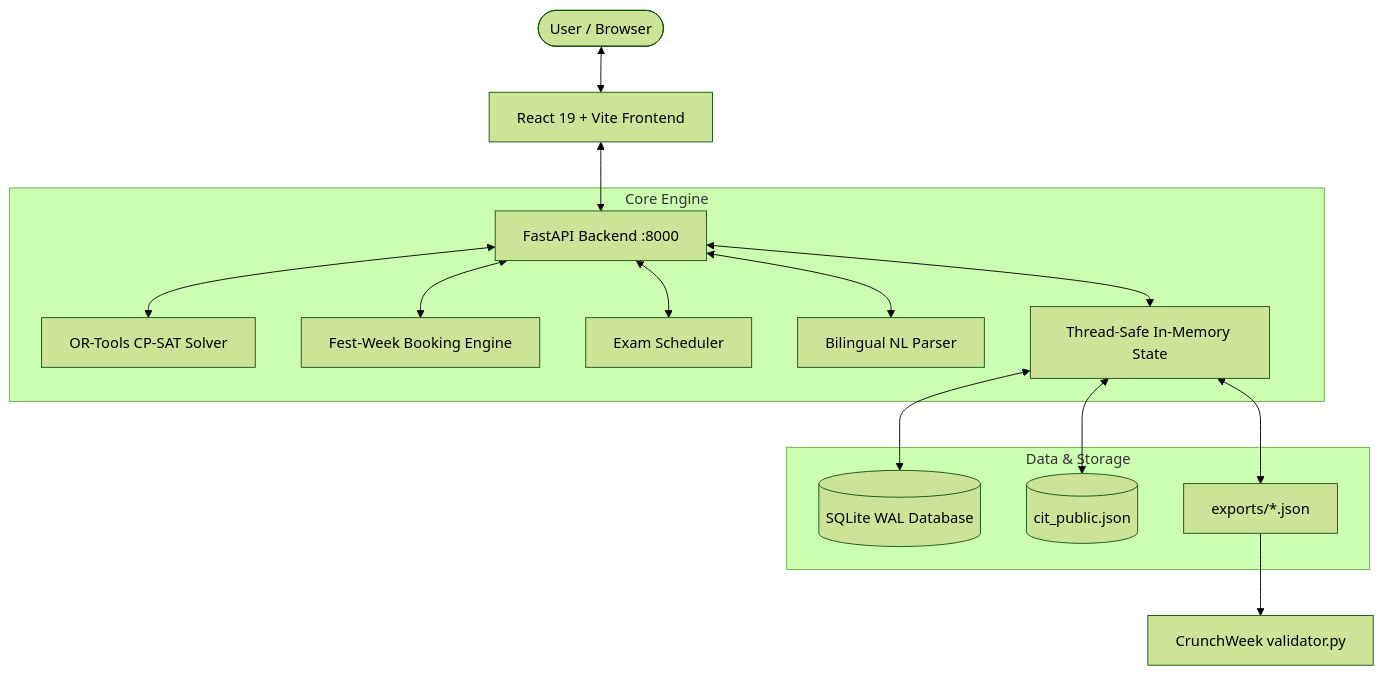
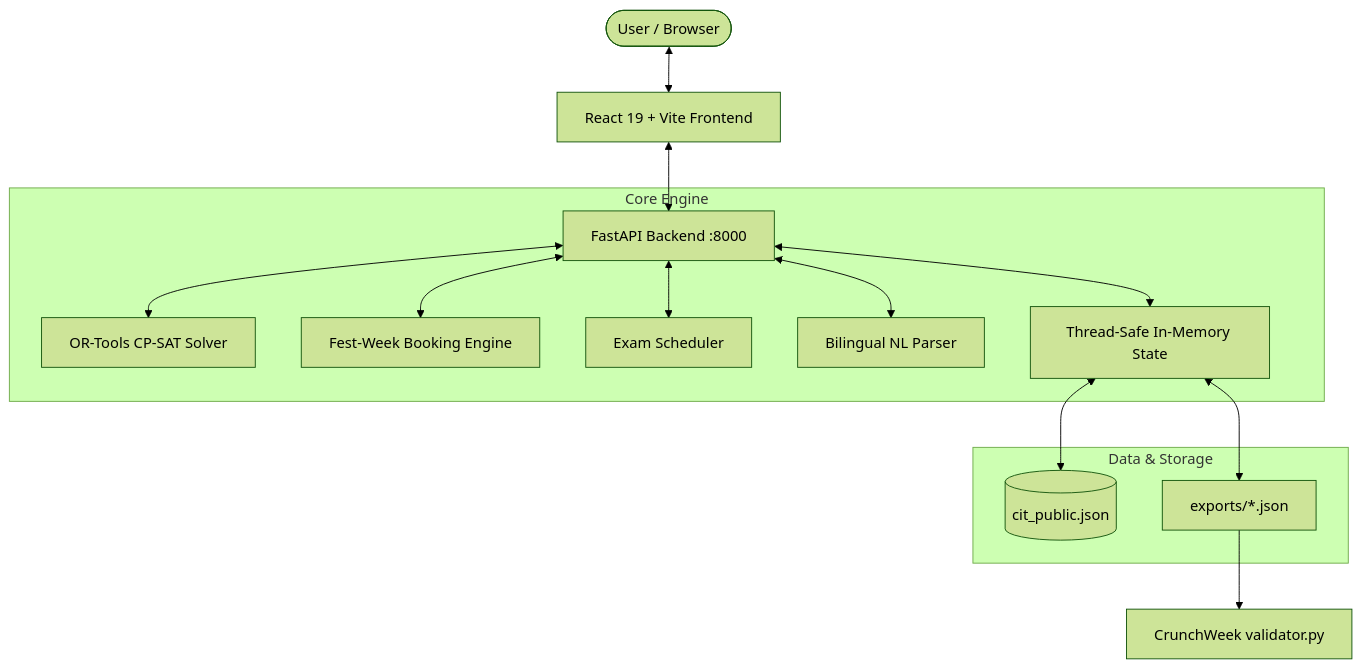
The diagram in README.md (overclocked4r2/InCIT), drawn with Mermaid (forest theme) before and after one commit. The commit also changed other lines of this file and 47 other files, not shown here.

````diff
--- a/README.md
+++ b/README.md
@@ -80,21 +70,20 @@
 ```mermaid
 graph TD
     User([User / Browser]) <--> Frontend[React 19 + Vite Frontend]
     Frontend <--> API[FastAPI Backend :8000]
     
     subgraph Core Engine
         API <--> Solver[OR-Tools CP-SAT Solver]
         API <--> Booking[Fest-Week Booking Engine]
         API <--> Exam[Exam Scheduler]
         API <--> NL[Bilingual NL Parser]
         API <--> State[Thread-Safe In-Memory State]
     end
     
     subgraph Data & Storage
-        State <--> DB[(SQLite WAL Database)]
         State <--> Dataset[(cit_public.json)]
         State <--> Exports[exports/*.json]
     end
 
     Exports --> Validator[CrunchWeek validator.py]
 ```
````
